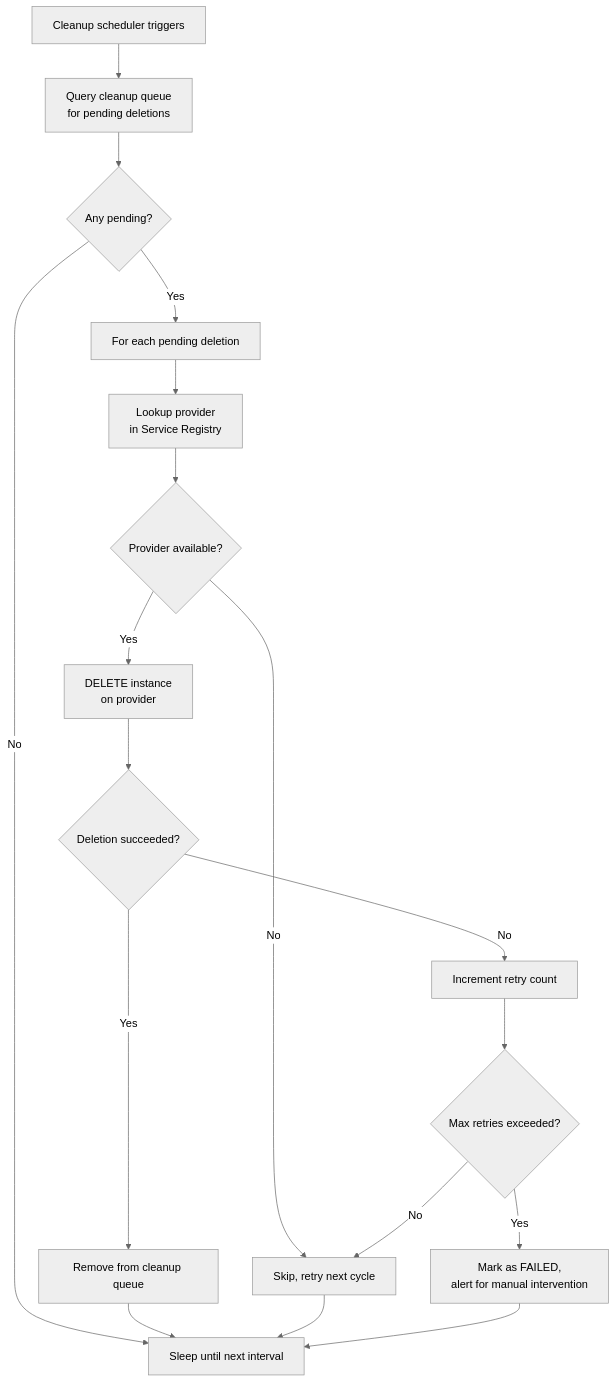
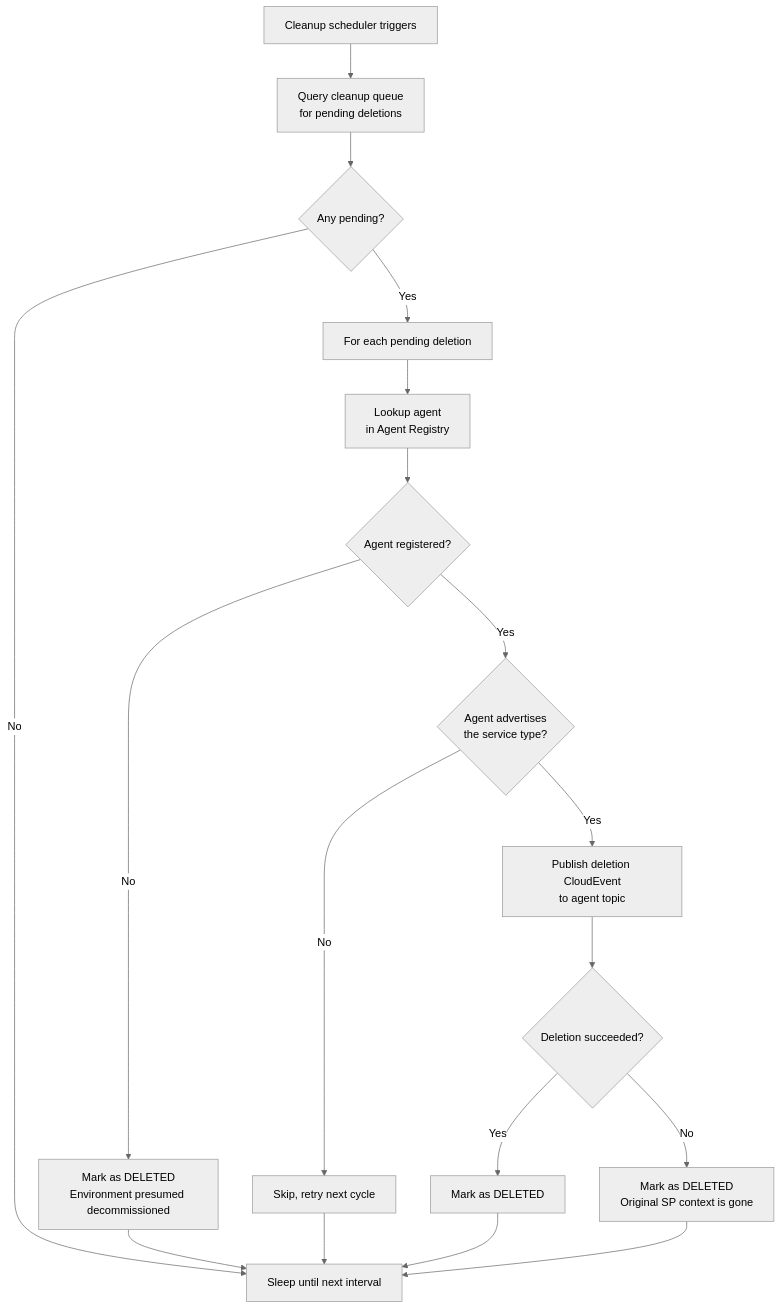
One commit to dcm-project/enhancements changed the third of 4 diagrams in enhancements/rehydration-flow/rehydration-flow.md. Above: the diagram before and after it, drawn with Mermaid (neutral theme). The commit also changed other lines of this file and 9 other files, not shown here.

First line of the commit message:
Reflect environment agent changes to other enchancements (#64)

````diff
--- a/enhancements/rehydration-flow/rehydration-flow.md
+++ b/enhancements/rehydration-flow/rehydration-flow.md
@@ -312,20 +327,20 @@
 ```mermaid
 flowchart TD
     A[Cleanup scheduler triggers] --> B[Query cleanup queue<br/>for pending deletions]
     B --> C{Any pending?}
     C -->|No| D[Sleep until next interval]
     C -->|Yes| E[For each pending deletion]
-    E --> F[Lookup provider<br/>in Service Registry]
-    F --> G{Provider available?}
-    G -->|No| H[Skip, retry next cycle]
-    G -->|Yes| I[DELETE instance<br/>on provider]
-    I --> J{Deletion succeeded?}
-    J -->|Yes| K[Remove from cleanup queue]
-    J -->|No| L[Increment retry count]
-    L --> M{Max retries exceeded?}
-    M -->|No| H
-    M -->|Yes| N[Mark as FAILED,<br/>alert for manual intervention]
-    K --> D
+    E --> F[Lookup agent<br/>in Agent Registry]
+    F --> G{Agent registered?}
+    G -->|No| H[Mark as DELETED<br/>Environment presumed decommissioned]
+    G -->|Yes| I{Agent advertises<br/>the service type?}
+    I -->|No| J[Skip, retry next cycle]
+    I -->|Yes| K[Publish deletion CloudEvent<br/>to agent topic]
+    K --> L{Deletion succeeded?}
+    L -->|Yes| M[Mark as DELETED]
+    L -->|No| N[Mark as DELETED<br/>Original SP context is gone]
+    M --> D
+    N --> D
     H --> D
-    N --> D
+    J --> D
 ```
````
